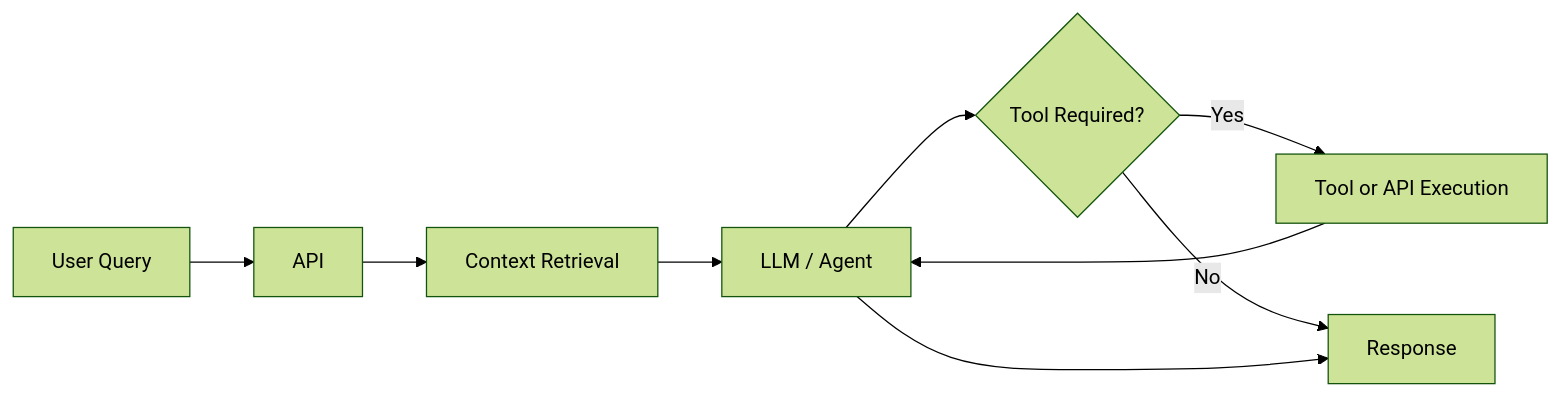
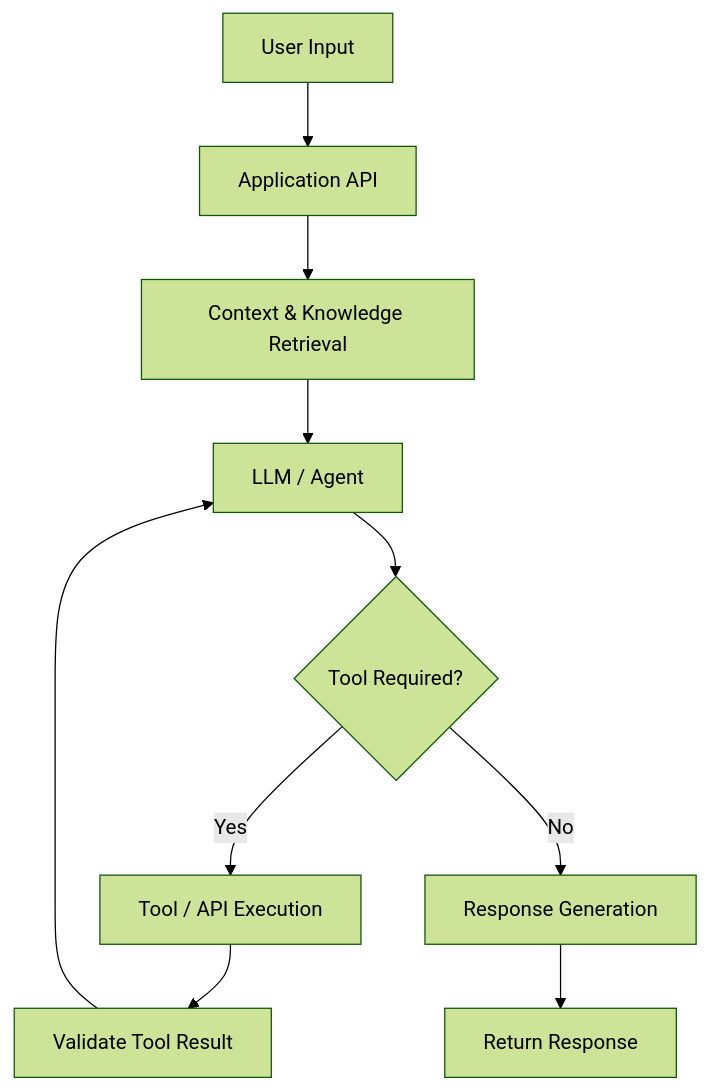
One commit to Aravindan-001/Aravindan-001 changed the second of 2 diagrams in README.md. Above: the diagram before and after it, drawn with Mermaid (forest theme). The commit also changed other lines of this file, not shown here.

````diff
--- a/README.md
+++ b/README.md
@@ -288,11 +282,12 @@
 ```mermaid
-flowchart LR
-    A[User Query] --> B[API]
-    B --> C[Context Retrieval]
-    C --> D[LLM / Agent]
-    D --> E{Tool Required?}
-    E -- Yes --> F[Tool or API Execution]
-    F --> D
-    E -- No --> G[Response]
-    D --> G
+flowchart TD
+    A["User Input"] --> B["Application API"]
+    B --> C["Context & Knowledge Retrieval"]
+    C --> D["LLM / Agent"]
+    D --> E{"Tool Required?"}
+    E -- Yes --> F["Tool / API Execution"]
+    F --> G["Validate Tool Result"]
+    G --> D
+    E -- No --> H["Response Generation"]
+    H --> I["Return Response"]
 ```
````
